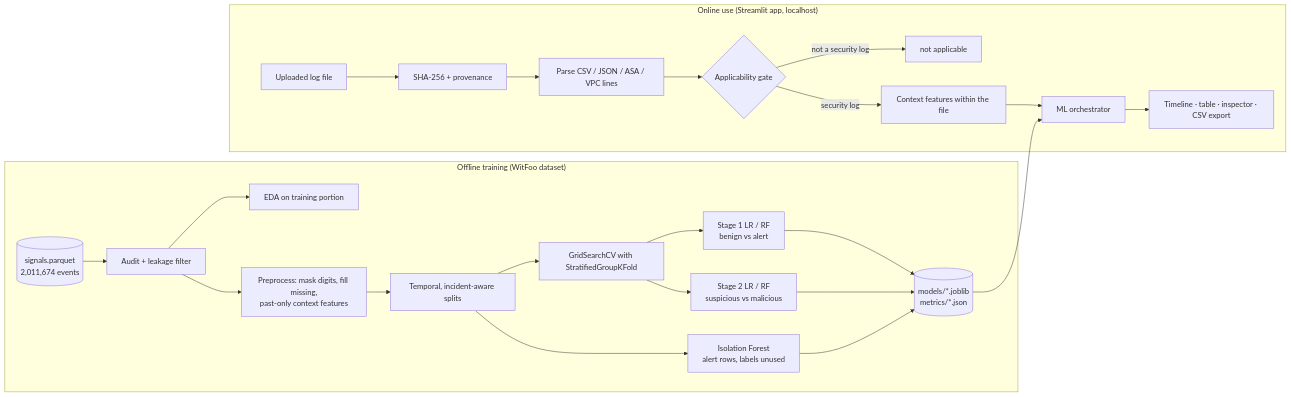
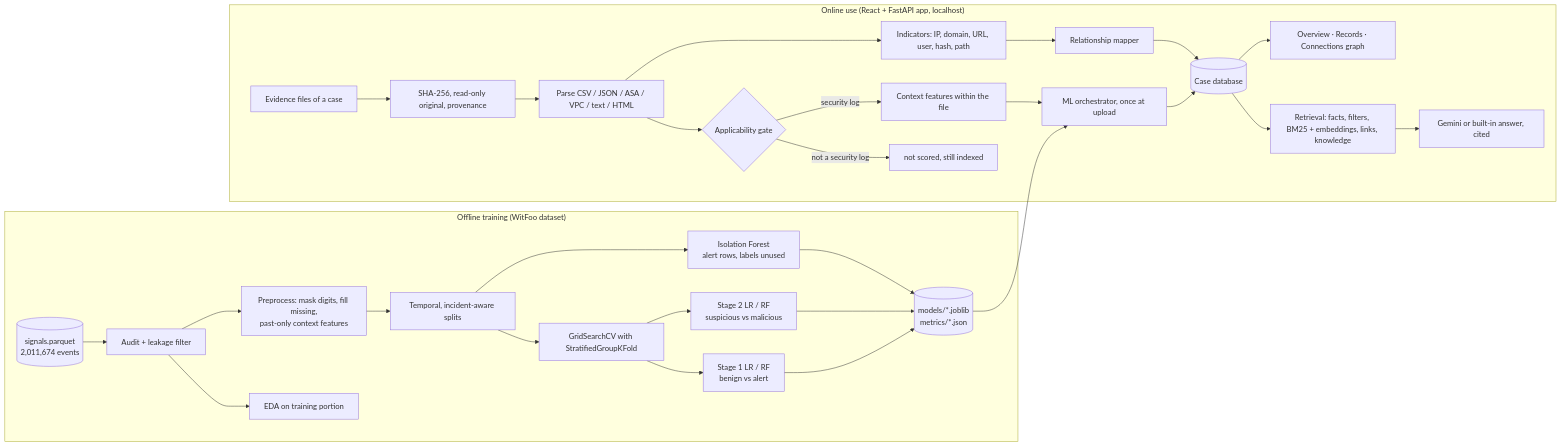
One commit to Maaz-Ali0102/evidentia-ai changed the first of 2 diagrams in reports/ML_REPORT.md. Above: the diagram before and after it, drawn with Mermaid. The commit also changed other lines of this file and 61 other files, not shown here.

First line of the commit message:
Replace Streamlit with a FastAPI + React evidence workspace, add RAG chat and relationship mapper

````diff
--- a/reports/ML_REPORT.md
+++ b/reports/ML_REPORT.md
@@ -63,24 +63,30 @@
 ```mermaid
 flowchart LR
   subgraph Offline["Offline training (WitFoo dataset)"]
     D[(signals.parquet<br/>2,011,674 events)] --> A[Audit + leakage filter]
     A --> E[EDA on training portion]
     A --> P[Preprocess: mask digits, fill missing,<br/>past-only context features]
     P --> S[Temporal, incident-aware splits]
     S --> T[GridSearchCV with StratifiedGroupKFold]
     T --> M1[Stage 1 LR / RF<br/>benign vs alert]
     T --> M2[Stage 2 LR / RF<br/>suspicious vs malicious]
     S --> M3[Isolation Forest<br/>alert rows, labels unused]
     M1 & M2 & M3 --> R[(models/*.joblib<br/>metrics/*.json)]
   end
-  subgraph Online["Online use (Streamlit app, localhost)"]
-    U[Uploaded log file] --> H[SHA-256 + provenance]
-    H --> PA[Parse CSV / JSON / ASA / VPC lines]
+  subgraph Online["Online use (React + FastAPI app, localhost)"]
+    U[Evidence files of a case] --> H[SHA-256, read-only original, provenance]
+    H --> PA[Parse CSV / JSON / ASA / VPC / text / HTML]
     PA --> G{Applicability gate}
-    G -- not a security log --> NA[not applicable]
+    G -- not a security log --> NA[not scored, still indexed]
     G -- security log --> C[Context features within the file]
-    C --> O[ML orchestrator]
+    C --> O[ML orchestrator, once at upload]
     R --> O
-    O --> V[Timeline · table · inspector · CSV export]
+    PA --> EN[Indicators: IP, domain, URL, user, hash, path]
+    EN --> RM[Relationship mapper]
+    O --> DB[(Case database)]
+    RM --> DB
+    DB --> RT[Retrieval: facts, filters, BM25 + embeddings, links, knowledge]
+    RT --> LLM[Gemini or built-in answer, cited]
+    DB --> UI[Overview · Records · Connections graph]
   end
 ```
````
